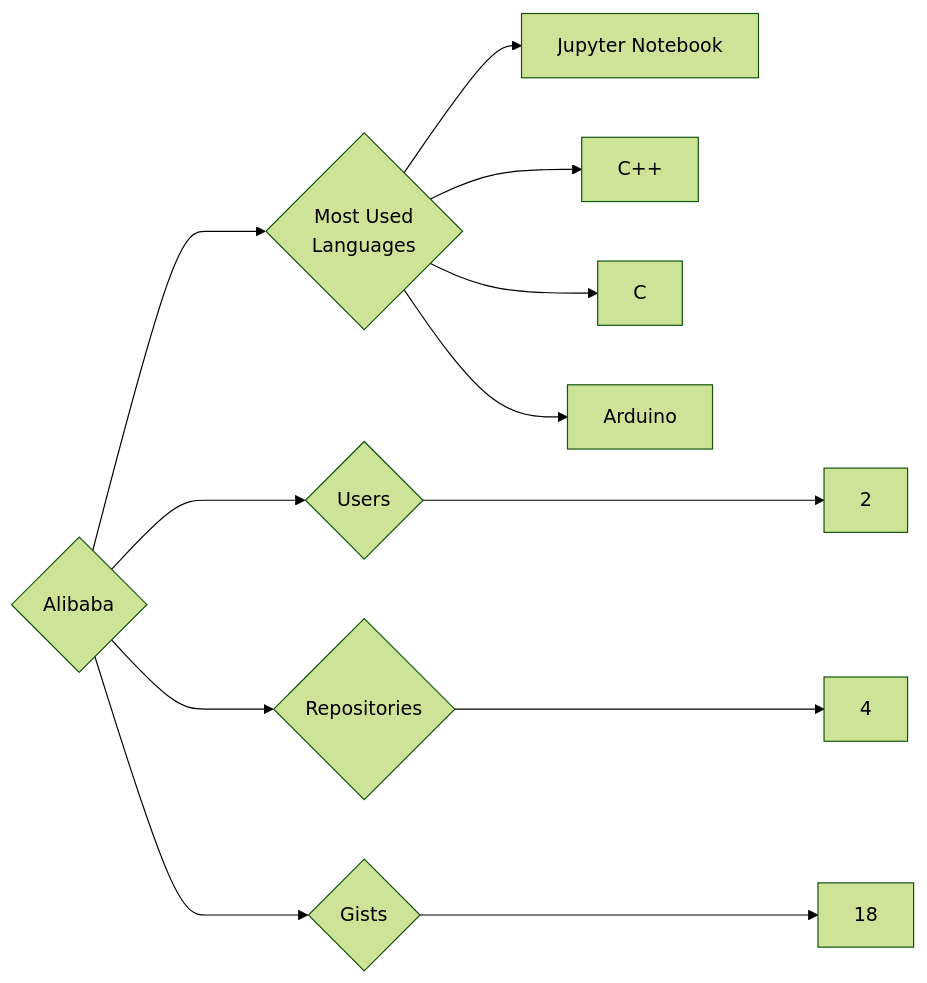
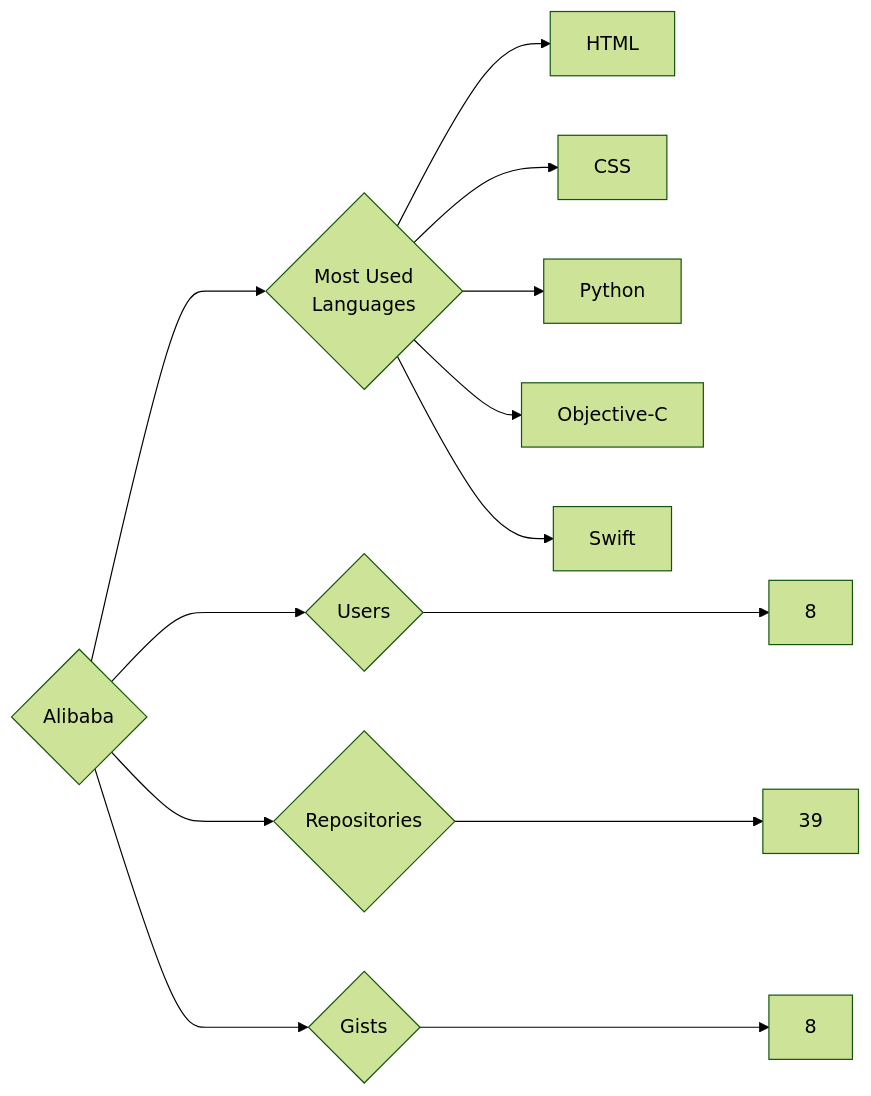
Before and after one commit to trickest/insiders: the diagram in targets/Alibaba/README.md, drawn with Mermaid (forest theme). The commit also changed 1149 other files, not shown here.

````diff
--- a/targets/Alibaba/README.md
+++ b/targets/Alibaba/README.md
@@ -3,12 +3,13 @@
 ```mermaid
 graph LR
 COMPANY_NAME{Alibaba}
-COMPANY_NAME ---> U{Users} ---> UN[2]
-COMPANY_NAME ---> R{Repositories} ---> RN[4]
-COMPANY_NAME ---> G{Gists} ---> GN[18]
+COMPANY_NAME ---> U{Users} ---> UN[8]
+COMPANY_NAME ---> R{Repositories} ---> RN[39]
+COMPANY_NAME ---> G{Gists} ---> GN[8]
 COMPANY_NAME ---> ML{Most Used<br>Languages}
-ML --> Jupyter_Notebook[Jupyter Notebook]
-ML --> C++[C++]
-ML --> C[C]
-ML --> Arduino[Arduino]
+ML --> HTML[HTML]
+ML --> CSS[CSS]
+ML --> Python[Python]
+ML --> Objective-C[Objective-C]
+ML --> Swift[Swift]
 ```
````
